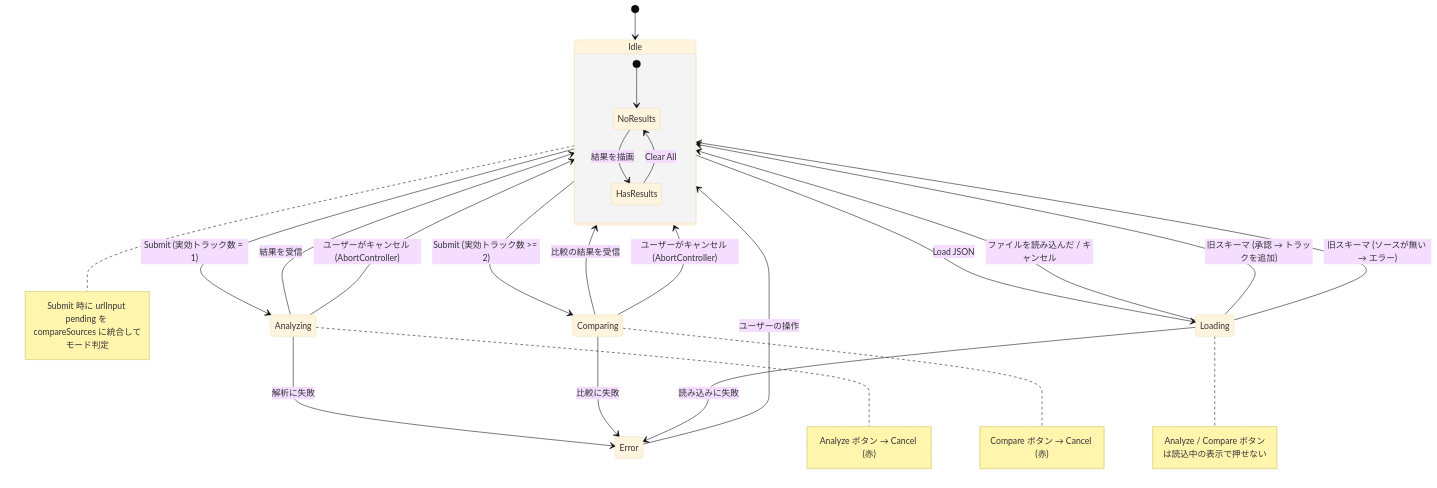
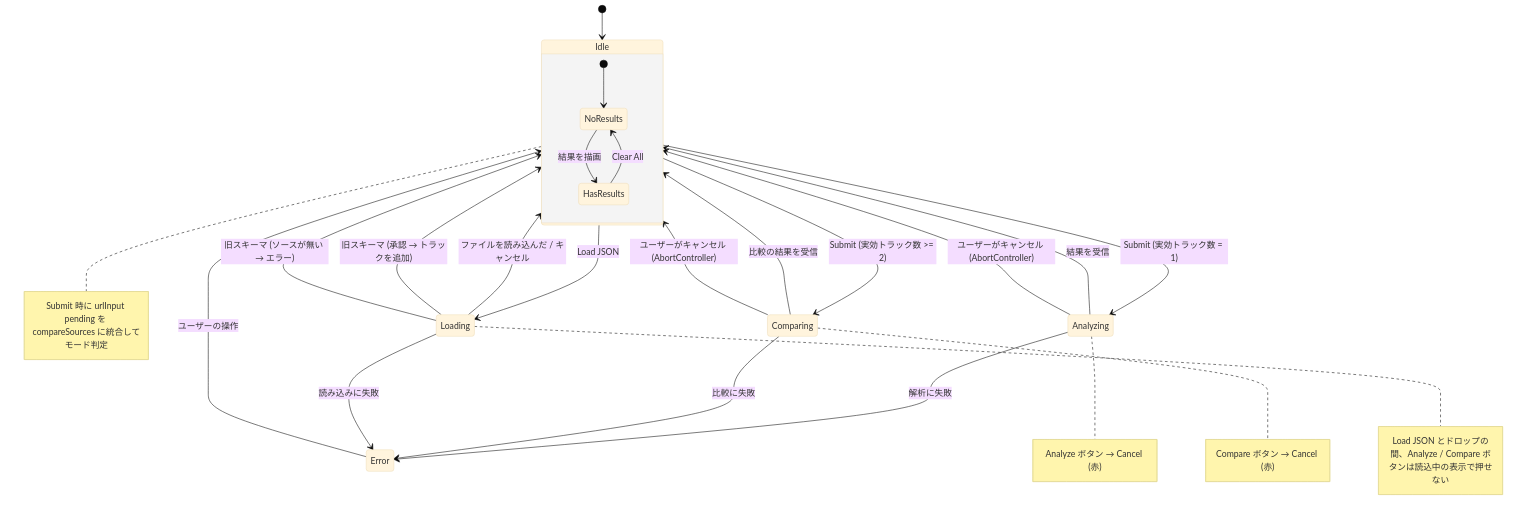
Before and after one commit to semnil/analyze-spectrum: diagram 11 of 17 in docs/architecture.ja.md, drawn with Mermaid (base theme). The commit also changed 1 other file, not shown here.

Commit message:
docs: say in the state diagram that a drop also stops the submit button

````diff
--- a/docs/architecture.ja.md
+++ b/docs/architecture.ja.md
@@ -276,33 +276,33 @@
 ```mermaid
 stateDiagram-v2
     [*] --> Idle
     Idle --> Analyzing : Submit (実効トラック数 = 1)
     Idle --> Comparing : Submit (実効トラック数 >= 2)
     Idle --> Loading : Load JSON
 
     Analyzing --> Idle : 結果を受信
     Analyzing --> Idle : ユーザーがキャンセル (AbortController)
     Analyzing --> Error : 解析に失敗
 
     Comparing --> Idle : 比較の結果を受信
     Comparing --> Idle : ユーザーがキャンセル (AbortController)
     Comparing --> Error : 比較に失敗
 
     Loading --> Idle : ファイルを読み込んだ / キャンセル
     Loading --> Idle : 旧スキーマ (承認 → トラックを追加)
     Loading --> Idle : 旧スキーマ (ソースが無い → エラー)
     Loading --> Error : 読み込みに失敗
 
     Error --> Idle : ユーザーの操作
 
     state Idle {
         [*] --> NoResults
         NoResults --> HasResults : 結果を描画
         HasResults --> NoResults : Clear All
     }
 
+    note right of Loading : Load JSON とドロップの間、Analyze / Compare ボタンは読込中の表示で押せない
     note right of Idle : Submit 時に urlInput pending を compareSources に統合してモード判定
     note right of Analyzing : Analyze ボタン → Cancel (赤)
     note right of Comparing : Compare ボタン → Cancel (赤)
-    note right of Loading : Analyze / Compare ボタンは読込中の表示で押せない
 ```
````
